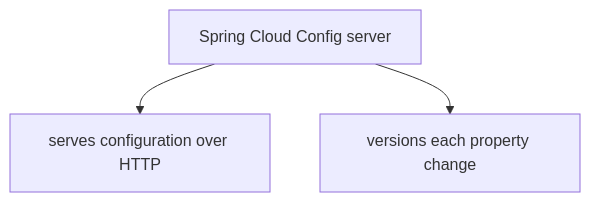
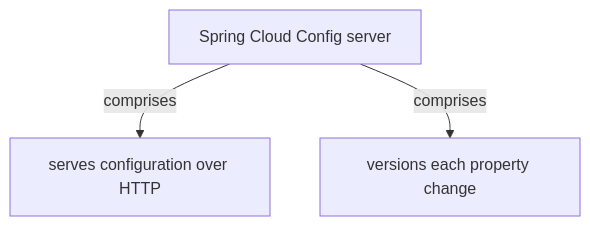
One commit to vinayakuber/microservices-io-study-guide changed the fifth of 12 diagrams in docs/ch29-externalized-configuration.md. Above: the diagram before and after it, drawn with Mermaid. The commit also changed other lines of this file and 71 other files, not shown here.

First line of the commit message:
R18: label every diagram arrow with its meaning

````diff
--- a/docs/ch29-externalized-configuration.md
+++ b/docs/ch29-externalized-configuration.md
@@ -174,6 +174,6 @@
 ```mermaid
 flowchart TD
   R["Spring Cloud Config server"]
-  R --> P0["serves configuration over HTTP"]
-  R --> P1["versions each property change"]
+  R -->|"comprises"| P0["serves configuration over HTTP"]
+  R -->|"comprises"| P1["versions each property change"]
 ```
````
